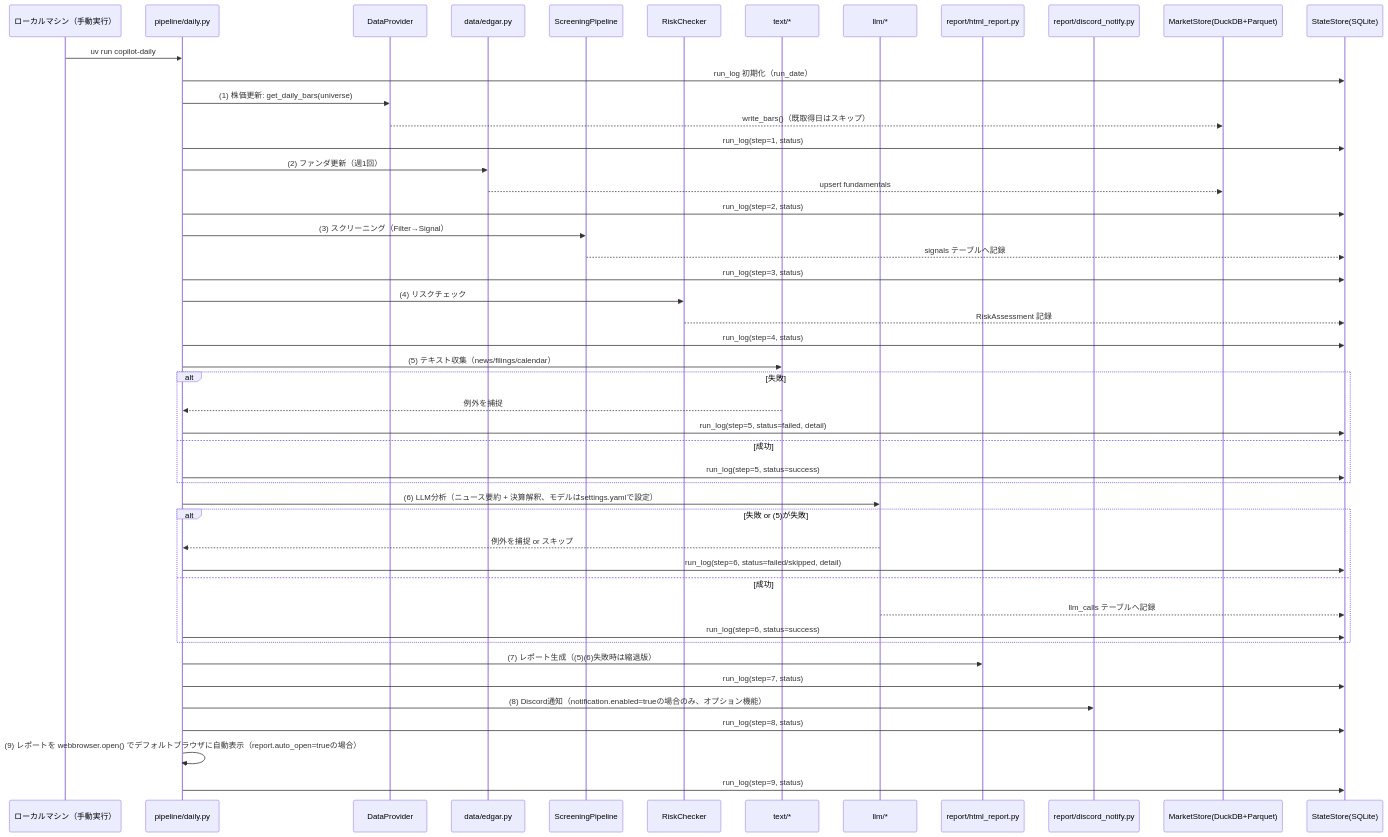
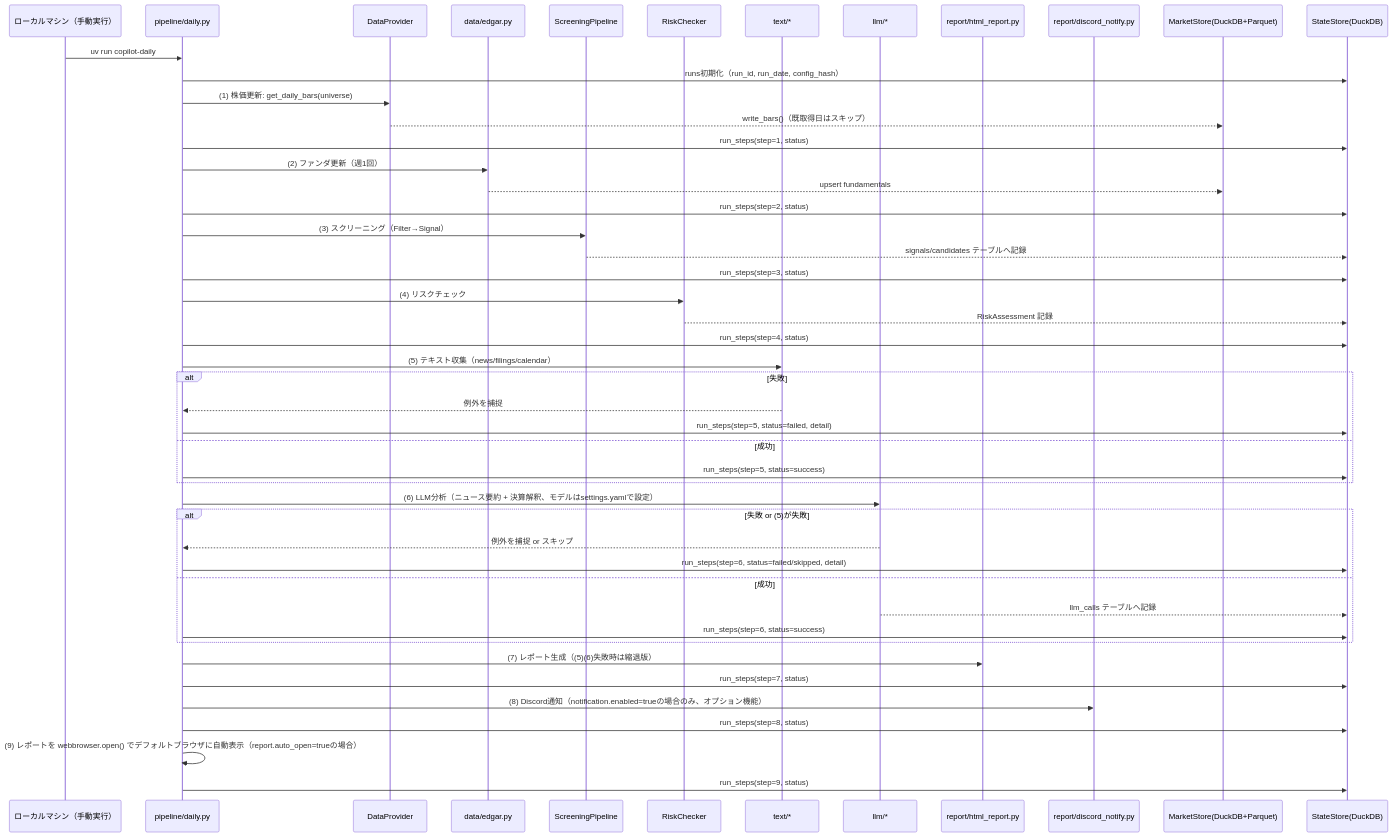
One commit to tomada1114/swing-copilot changed the second of 2 diagrams in docs/03_basic_design.md. Above: the diagram before and after it, drawn with Mermaid. The commit also changed other lines of this file and 11 other files, not shown here.

Commit message:
docs: refine P1 and P2 architecture

````diff
--- a/docs/03_basic_design.md
+++ b/docs/03_basic_design.md
@@ -121,60 +132,60 @@
 ```mermaid
 sequenceDiagram
     participant Local as ローカルマシン（手動実行）
     participant D as pipeline/daily.py
     participant DP as DataProvider
     participant EDG as data/edgar.py
     participant SCR as ScreeningPipeline
     participant RC as RiskChecker
     participant TXT as text/*
     participant LLM as llm/*
     participant RPT as report/html_report.py
     participant DC as report/discord_notify.py
     participant MS as MarketStore(DuckDB+Parquet)
-    participant ST as StateStore(SQLite)
+    participant ST as StateStore(DuckDB)
 
     Local->>D: uv run copilot-daily
-    D->>ST: run_log 初期化（run_date）
+    D->>ST: runs初期化（run_id, run_date, config_hash）
 
     D->>DP: (1) 株価更新: get_daily_bars(universe)
     DP-->>MS: write_bars()（既取得日はスキップ）
-    D->>ST: run_log(step=1, status)
+    D->>ST: run_steps(step=1, status)
 
     D->>EDG: (2) ファンダ更新（週1回）
     EDG-->>MS: upsert fundamentals
-    D->>ST: run_log(step=2, status)
+    D->>ST: run_steps(step=2, status)
 
     D->>SCR: (3) スクリーニング（Filter→Signal）
-    SCR-->>ST: signals テーブルへ記録
-    D->>ST: run_log(step=3, status)
+    SCR-->>ST: signals/candidates テーブルへ記録
+    D->>ST: run_steps(step=3, status)
 
     D->>RC: (4) リスクチェック
     RC-->>ST: RiskAssessment 記録
-    D->>ST: run_log(step=4, status)
+    D->>ST: run_steps(step=4, status)
 
     D->>TXT: (5) テキスト収集（news/filings/calendar）
     alt 失敗
         TXT-->>D: 例外を捕捉
-        D->>ST: run_log(step=5, status=failed, detail)
+        D->>ST: run_steps(step=5, status=failed, detail)
     else 成功
-        D->>ST: run_log(step=5, status=success)
+        D->>ST: run_steps(step=5, status=success)
     end
 
     D->>LLM: (6) LLM分析（ニュース要約 + 決算解釈、モデルはsettings.yamlで設定）
     alt 失敗 or (5)が失敗
         LLM-->>D: 例外を捕捉 or スキップ
-        D->>ST: run_log(step=6, status=failed/skipped, detail)
+        D->>ST: run_steps(step=6, status=failed/skipped, detail)
     else 成功
         LLM-->>ST: llm_calls テーブルへ記録
-        D->>ST: run_log(step=6, status=success)
+        D->>ST: run_steps(step=6, status=success)
     end
 
     D->>RPT: (7) レポート生成（(5)(6)失敗時は縮退版）
-    D->>ST: run_log(step=7, status)
+    D->>ST: run_steps(step=7, status)
 
     D->>DC: (8) Discord通知（notification.enabled=trueの場合のみ、オプション機能）
-    D->>ST: run_log(step=8, status)
+    D->>ST: run_steps(step=8, status)
 
     D->>D: (9) レポートを webbrowser.open() でデフォルトブラウザに自動表示（report.auto_open=trueの場合）
-    D->>ST: run_log(step=9, status)
+    D->>ST: run_steps(step=9, status)
 ```
````
